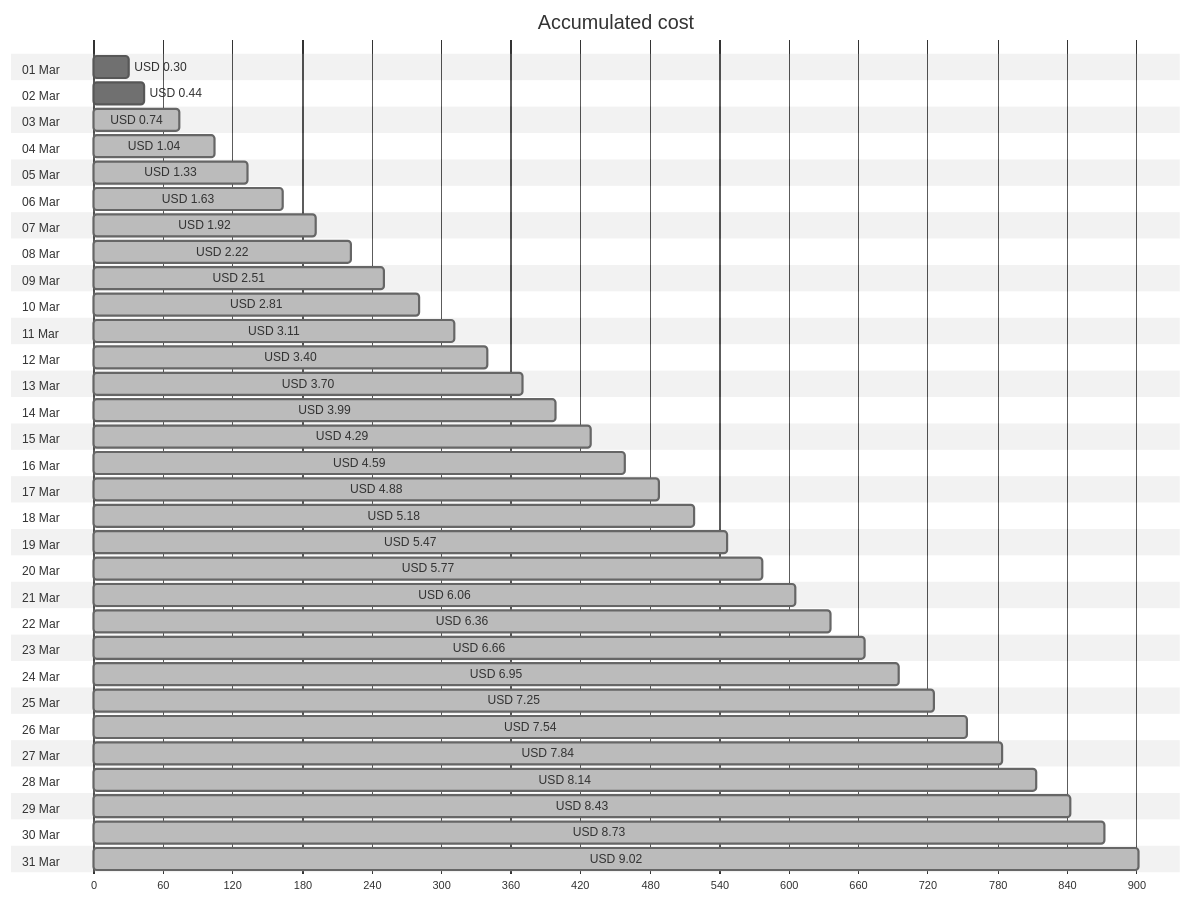
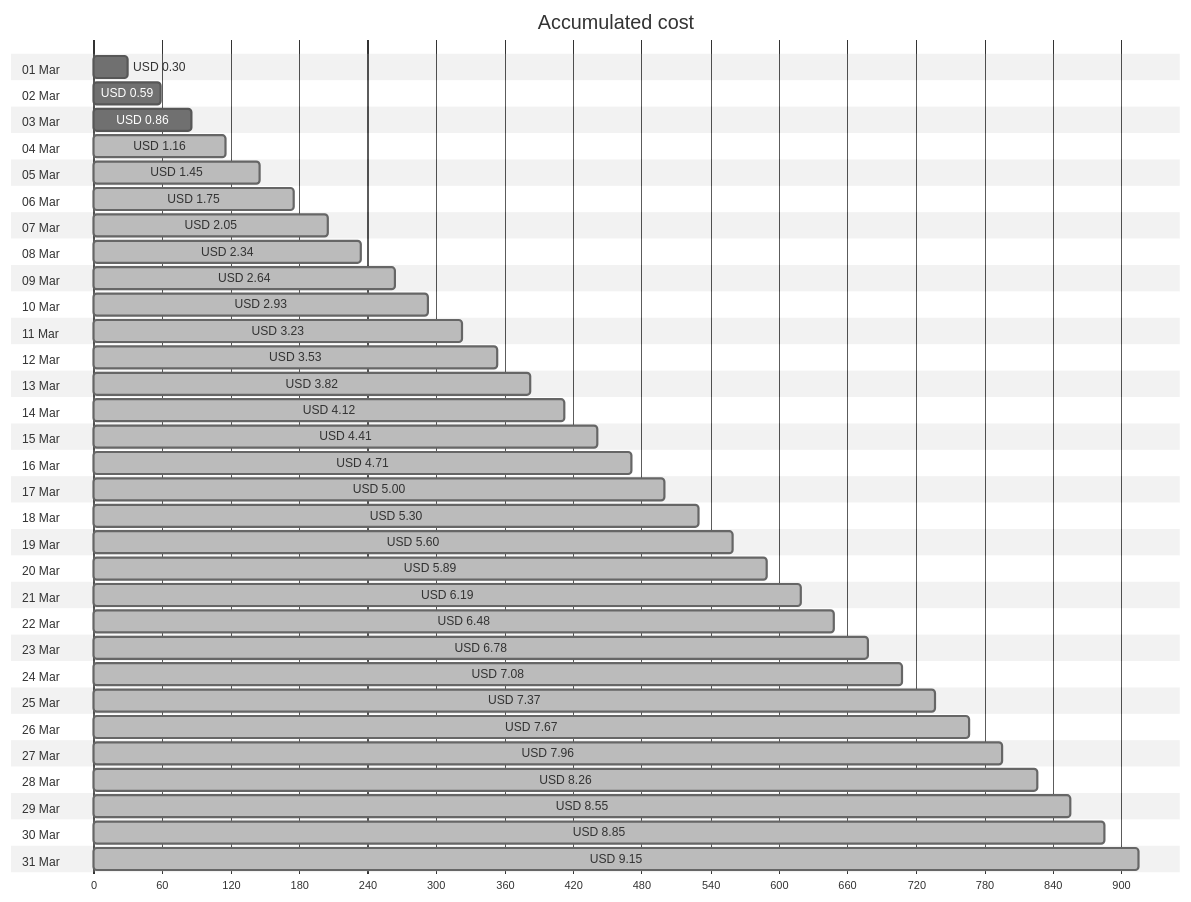
Before and after one commit to jpfulton/azure-personal-reports: the first of 4 diagrams in cost-reports/personal-site/personal-site.md, drawn with Mermaid (neutral theme). The commit also changed other lines of this file and 6 other files, not shown here.

````diff
--- a/cost-reports/personal-site/personal-site.md
+++ b/cost-reports/personal-site/personal-site.md
@@ -20,68 +20,68 @@
 ```mermaid
 gantt
    title Accumulated cost
    dateFormat  X
    axisFormat %s
    section 01 Mar
    USD 0.30 :0, 30
    section 02 Mar
-   USD 0.44 :0, 44
+   USD 0.59 :0, 59
    section 03 Mar
-   USD 0.74 : done, 0, 74
+   USD 0.86 :0, 86
    section 04 Mar
-   USD 1.04 : done, 0, 104
+   USD 1.16 : done, 0, 116
    section 05 Mar
-   USD 1.33 : done, 0, 133
+   USD 1.45 : done, 0, 145
    section 06 Mar
-   USD 1.63 : done, 0, 163
+   USD 1.75 : done, 0, 175
    section 07 Mar
-   USD 1.92 : done, 0, 192
+   USD 2.05 : done, 0, 205
    section 08 Mar
-   USD 2.22 : done, 0, 222
+   USD 2.34 : done, 0, 234
    section 09 Mar
-   USD 2.51 : done, 0, 251
+   USD 2.64 : done, 0, 264
    section 10 Mar
-   USD 2.81 : done, 0, 281
+   USD 2.93 : done, 0, 293
    section 11 Mar
-   USD 3.11 : done, 0, 311
+   USD 3.23 : done, 0, 323
    section 12 Mar
-   USD 3.40 : done, 0, 340
+   USD 3.53 : done, 0, 353
    section 13 Mar
-   USD 3.70 : done, 0, 370
+   USD 3.82 : done, 0, 382
    section 14 Mar
-   USD 3.99 : done, 0, 399
+   USD 4.12 : done, 0, 412
    section 15 Mar
-   USD 4.29 : done, 0, 429
+   USD 4.41 : done, 0, 441
    section 16 Mar
-   USD 4.59 : done, 0, 459
+   USD 4.71 : done, 0, 471
    section 17 Mar
-   USD 4.88 : done, 0, 488
+   USD 5.00 : done, 0, 500
    section 18 Mar
-   USD 5.18 : done, 0, 518
+   USD 5.30 : done, 0, 530
    section 19 Mar
-   USD 5.47 : done, 0, 547
+   USD 5.60 : done, 0, 560
    section 20 Mar
-   USD 5.77 : done, 0, 577
+   USD 5.89 : done, 0, 589
    section 21 Mar
-   USD 6.06 : done, 0, 606
+   USD 6.19 : done, 0, 619
    section 22 Mar
-   USD 6.36 : done, 0, 636
+   USD 6.48 : done, 0, 648
    section 23 Mar
-   USD 6.66 : done, 0, 666
+   USD 6.78 : done, 0, 678
    section 24 Mar
-   USD 6.95 : done, 0, 695
+   USD 7.08 : done, 0, 708
    section 25 Mar
-   USD 7.25 : done, 0, 725
+   USD 7.37 : done, 0, 737
    section 26 Mar
-   USD 7.54 : done, 0, 754
+   USD 7.67 : done, 0, 767
    section 27 Mar
-   USD 7.84 : done, 0, 784
+   USD 7.96 : done, 0, 796
    section 28 Mar
-   USD 8.14 : done, 0, 814
+   USD 8.26 : done, 0, 826
    section 29 Mar
-   USD 8.43 : done, 0, 843
+   USD 8.55 : done, 0, 855
    section 30 Mar
-   USD 8.73 : done, 0, 873
+   USD 8.85 : done, 0, 885
    section 31 Mar
-   USD 9.02 : done, 0, 902
+   USD 9.15 : done, 0, 915
 ```
````
